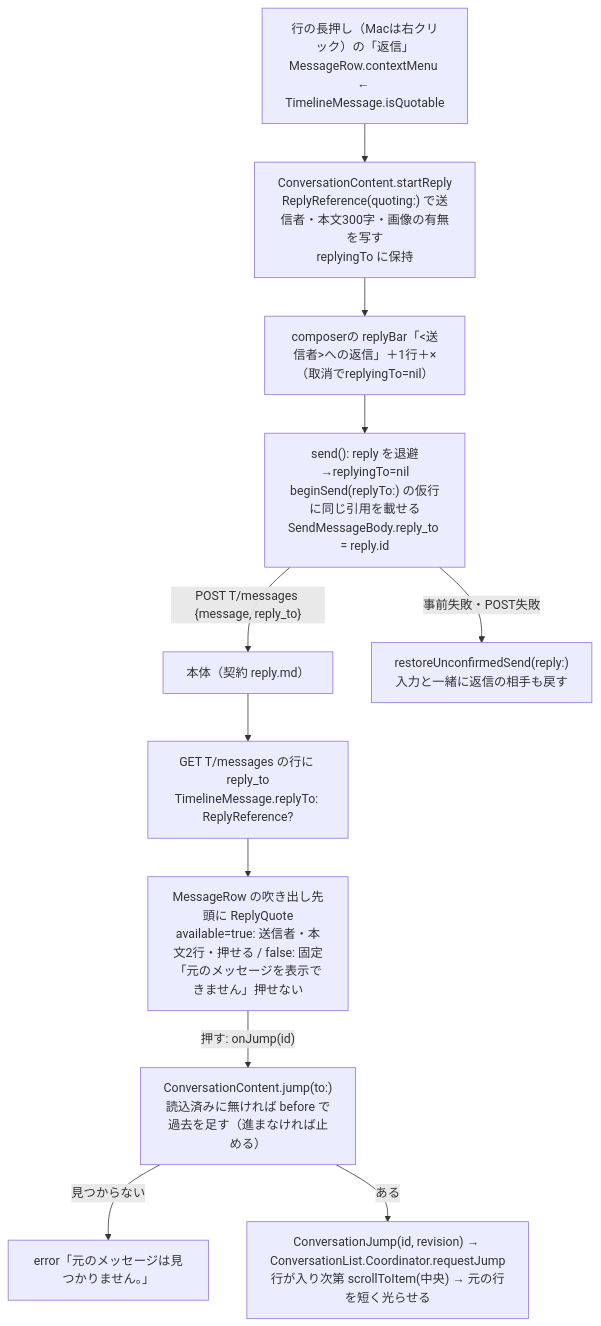
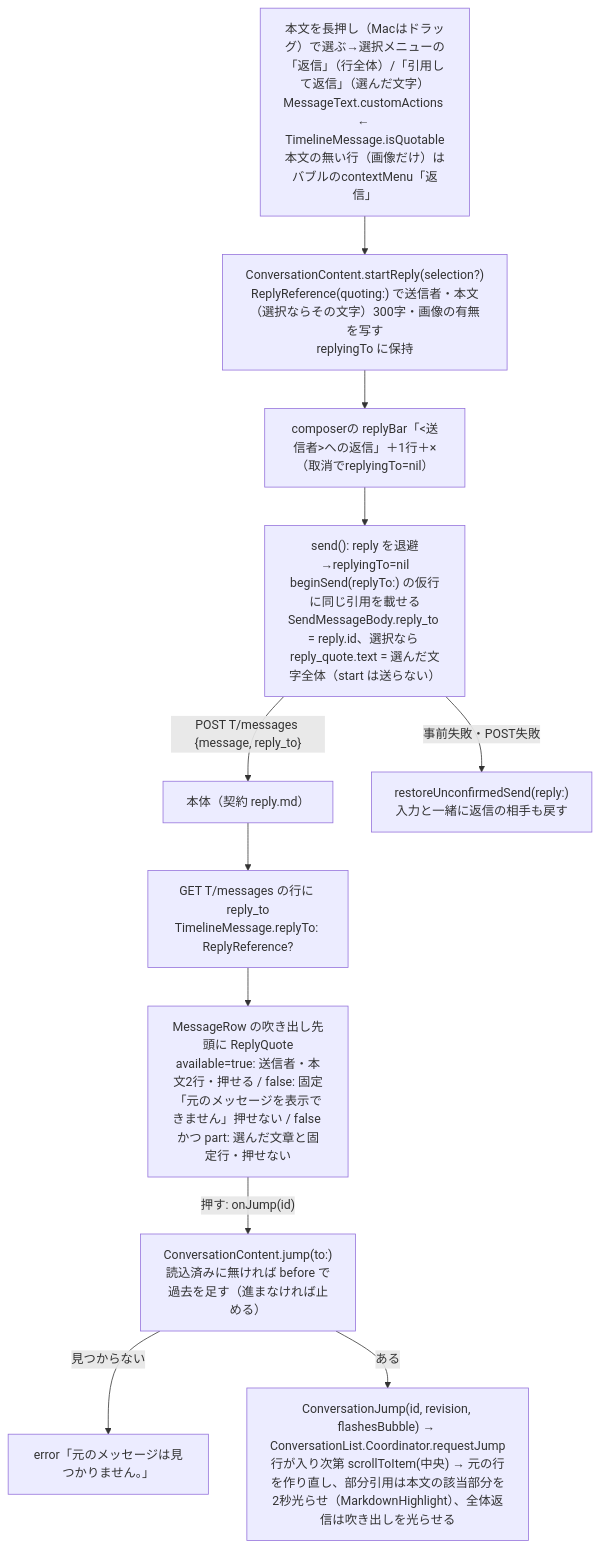
The sixth of 6 diagrams in docs/architecture/modules/apple/conversation.md (kitepon/BellTeam), drawn with Mermaid before and after one commit. The commit also changed other lines of this file and 10 other files, not shown here.

First line of the commit message:
Apple: quote a selected part and reply to it; reply moves into the selection menu (a270)

````diff
--- a/docs/architecture/modules/apple/conversation.md
+++ b/docs/architecture/modules/apple/conversation.md
@@ -154,13 +154,13 @@
 ```mermaid
 flowchart TD
-  Pick["行の長押し（Macは右クリック）の「返信」<br/>MessageRow.contextMenu ← TimelineMessage.isQuotable"] --> Snap["ConversationContent.startReply<br/>ReplyReference(quoting:) で送信者・本文300字・画像の有無を写す<br/>replyingTo に保持"]
+  Pick["本文を長押し（Macはドラッグ）で選ぶ→選択メニューの「返信」（行全体）/「引用して返信」（選んだ文字）<br/>MessageText.customActions ← TimelineMessage.isQuotable<br/>本文の無い行（画像だけ）はバブルのcontextMenu「返信」"] --> Snap["ConversationContent.startReply(selection?)<br/>ReplyReference(quoting:) で送信者・本文（選択ならその文字）300字・画像の有無を写す<br/>replyingTo に保持"]
   Snap --> Bar["composerの replyBar「<送信者>への返信」＋1行＋×（取消でreplyingTo=nil）"]
-  Bar --> Send["send(): reply を退避→replyingTo=nil<br/>beginSend(replyTo:) の仮行に同じ引用を載せる<br/>SendMessageBody.reply_to = reply.id"]
+  Bar --> Send["send(): reply を退避→replyingTo=nil<br/>beginSend(replyTo:) の仮行に同じ引用を載せる<br/>SendMessageBody.reply_to = reply.id、選択なら reply_quote.text = 選んだ文字全体（start は送らない）"]
   Send -->|"POST T/messages {message, reply_to}"| Server["本体（契約 reply.md）"]
   Send -->|"事前失敗・POST失敗"| Restore["restoreUnconfirmedSend(reply:)<br/>入力と一緒に返信の相手も戻す"]
   Server --> History["GET T/messages の行に reply_to<br/>TimelineMessage.replyTo: ReplyReference?"]
-  History --> Quote["MessageRow の吹き出し先頭に ReplyQuote<br/>available=true: 送信者・本文2行・押せる / false: 固定「元のメッセージを表示できません」押せない"]
+  History --> Quote["MessageRow の吹き出し先頭に ReplyQuote<br/>available=true: 送信者・本文2行・押せる / false: 固定「元のメッセージを表示できません」押せない / false かつ part: 選んだ文章と固定行・押せない"]
   Quote -->|"押す: onJump(id)"| Jump["ConversationContent.jump(to:)<br/>読込済みに無ければ before で過去を足す（進まなければ止める）"]
   Jump -->|"見つからない"| NotFound["error「元のメッセージは見つかりません。」"]
-  Jump -->|"ある"| Scroll["ConversationJump(id, revision) → ConversationList.Coordinator.requestJump<br/>行が入り次第 scrollToItem(中央) → 元の行を短く光らせる"]
+  Jump -->|"ある"| Scroll["ConversationJump(id, revision, flashesBubble) → ConversationList.Coordinator.requestJump<br/>行が入り次第 scrollToItem(中央) → 元の行を作り直し、部分引用は本文の該当部分を2秒光らせ（MarkdownHighlight）、全体返信は吹き出しを光らせる"]
 ```
````
